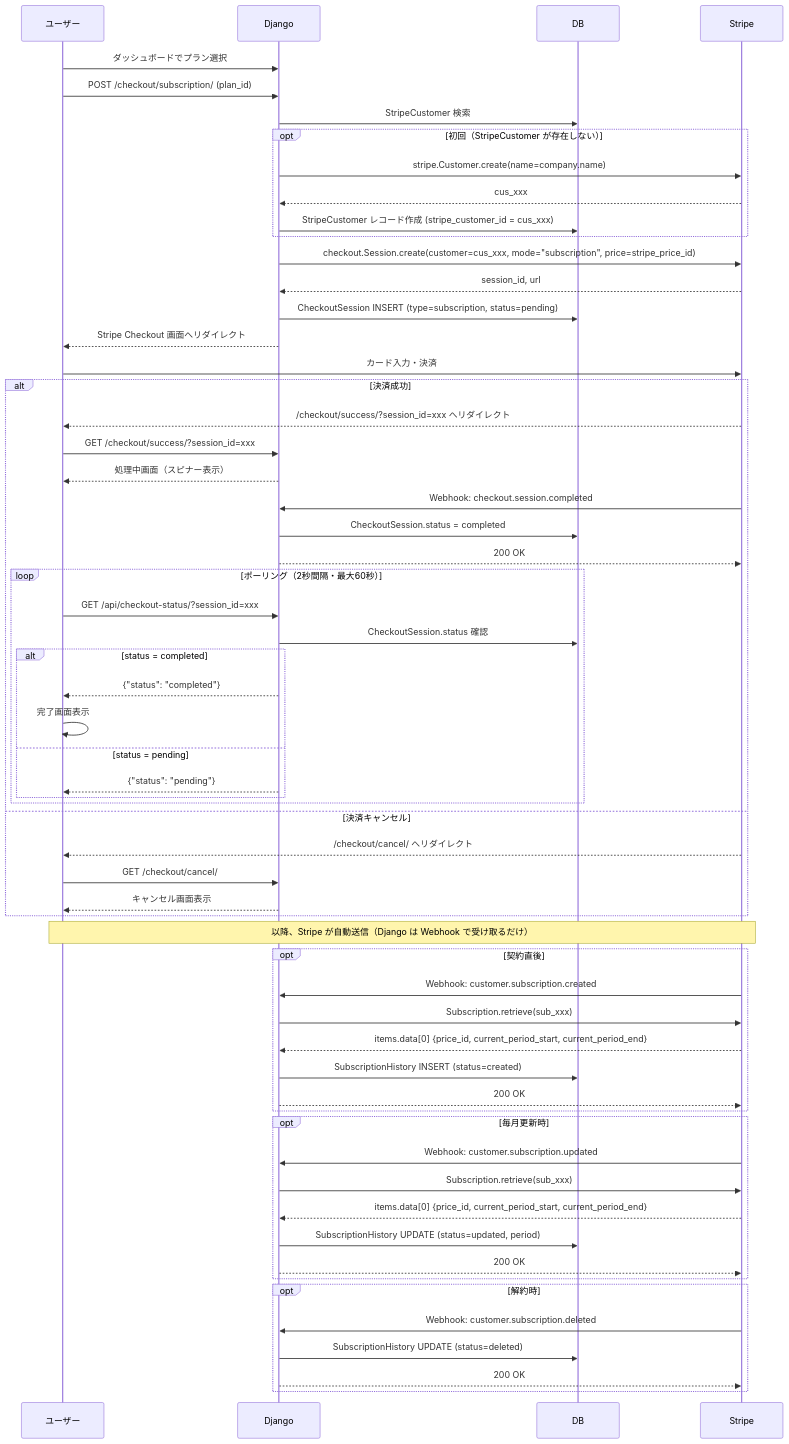
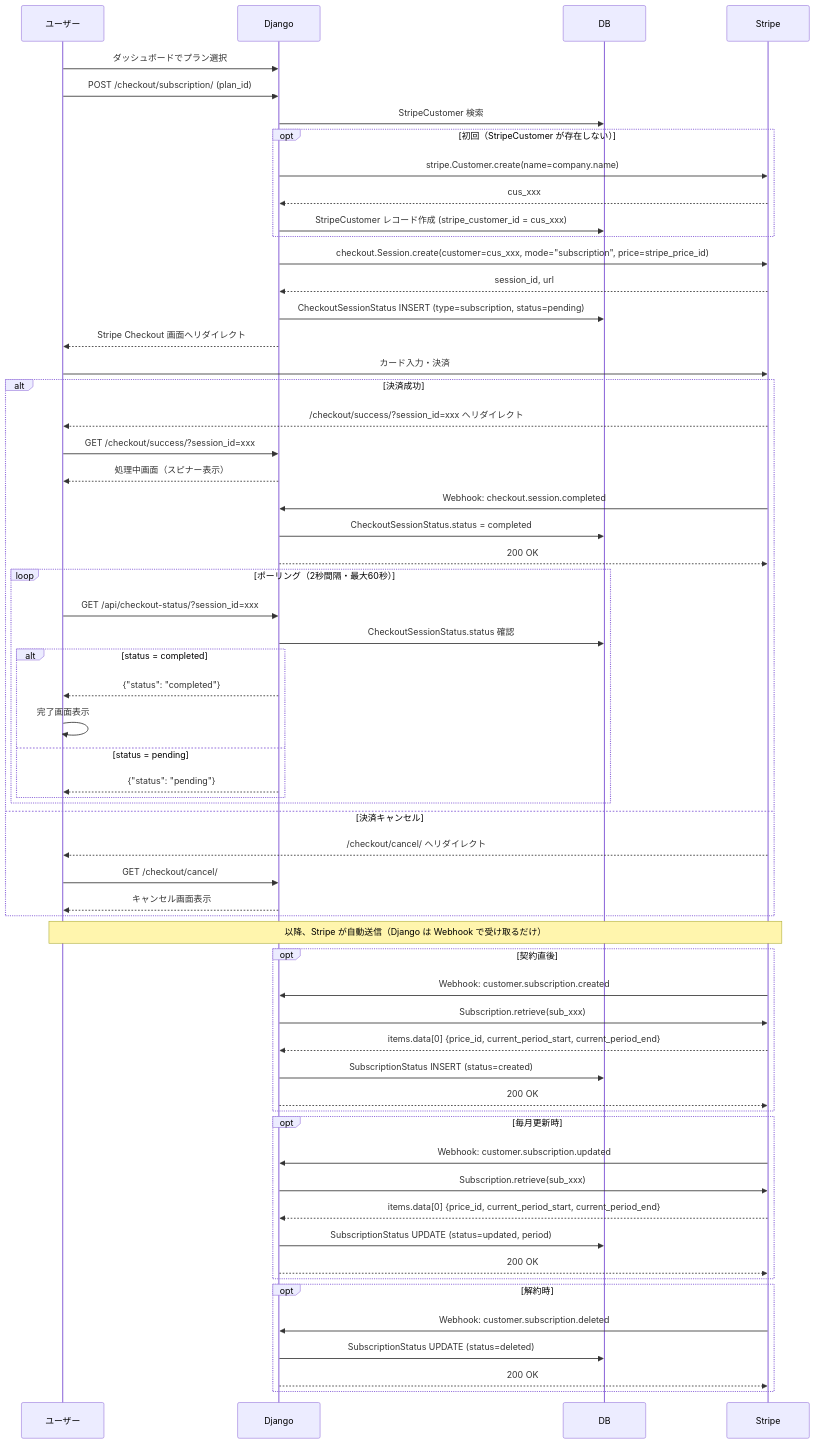
One commit to suzuki-tomok/payment-core changed the first of 4 diagrams in docs/sequence-diagram.md. Above: the diagram before and after it, drawn with Mermaid. The commit also changed other lines of this file and 25 other files, not shown here.

````diff
--- a/docs/sequence-diagram.md
+++ b/docs/sequence-diagram.md
@@ -5,75 +5,75 @@
 ```mermaid
 sequenceDiagram
     participant U as ユーザー
     participant D as Django
     participant DB as DB
     participant S as Stripe
 
     U->>D: ダッシュボードでプラン選択
     U->>D: POST /checkout/subscription/ (plan_id)
 
     D->>DB: StripeCustomer 検索
 
     opt 初回（StripeCustomer が存在しない）
         D->>S: stripe.Customer.create(name=company.name)
         S-->>D: cus_xxx
         D->>DB: StripeCustomer レコード作成 (stripe_customer_id = cus_xxx)
     end
 
     D->>S: checkout.Session.create(customer=cus_xxx, mode="subscription", price=stripe_price_id)
     S-->>D: session_id, url
-    D->>DB: CheckoutSession INSERT (type=subscription, status=pending)
+    D->>DB: CheckoutSessionStatus INSERT (type=subscription, status=pending)
     D-->>U: Stripe Checkout 画面へリダイレクト
 
     U->>S: カード入力・決済
 
     alt 決済成功
         S-->>U: /checkout/success/?session_id=xxx へリダイレクト
         U->>D: GET /checkout/success/?session_id=xxx
         D-->>U: 処理中画面（スピナー表示）
 
         S->>D: Webhook: checkout.session.completed
-        D->>DB: CheckoutSession.status = completed
+        D->>DB: CheckoutSessionStatus.status = completed
         D-->>S: 200 OK
 
         loop ポーリング（2秒間隔・最大60秒）
             U->>D: GET /api/checkout-status/?session_id=xxx
-            D->>DB: CheckoutSession.status 確認
+            D->>DB: CheckoutSessionStatus.status 確認
             alt status = completed
                 D-->>U: {"status": "completed"}
                 U->>U: 完了画面表示
             else status = pending
                 D-->>U: {"status": "pending"}
             end
         end
 
     else 決済キャンセル
         S-->>U: /checkout/cancel/ へリダイレクト
         U->>D: GET /checkout/cancel/
         D-->>U: キャンセル画面表示
     end
 
     Note over U,S: 以降、Stripe が自動送信（Django は Webhook で受け取るだけ）
 
     opt 契約直後
         S->>D: Webhook: customer.subscription.created
         D->>S: Subscription.retrieve(sub_xxx)
         S-->>D: items.data[0] {price_id, current_period_start, current_period_end}
-        D->>DB: SubscriptionHistory INSERT (status=created)
+        D->>DB: SubscriptionStatus INSERT (status=created)
         D-->>S: 200 OK
     end
 
     opt 毎月更新時
         S->>D: Webhook: customer.subscription.updated
         D->>S: Subscription.retrieve(sub_xxx)
         S-->>D: items.data[0] {price_id, current_period_start, current_period_end}
-        D->>DB: SubscriptionHistory UPDATE (status=updated, period)
+        D->>DB: SubscriptionStatus UPDATE (status=updated, period)
         D-->>S: 200 OK
     end
 
     opt 解約時
         S->>D: Webhook: customer.subscription.deleted
-        D->>DB: SubscriptionHistory UPDATE (status=deleted)
+        D->>DB: SubscriptionStatus UPDATE (status=deleted)
         D-->>S: 200 OK
     end
 ```
````
